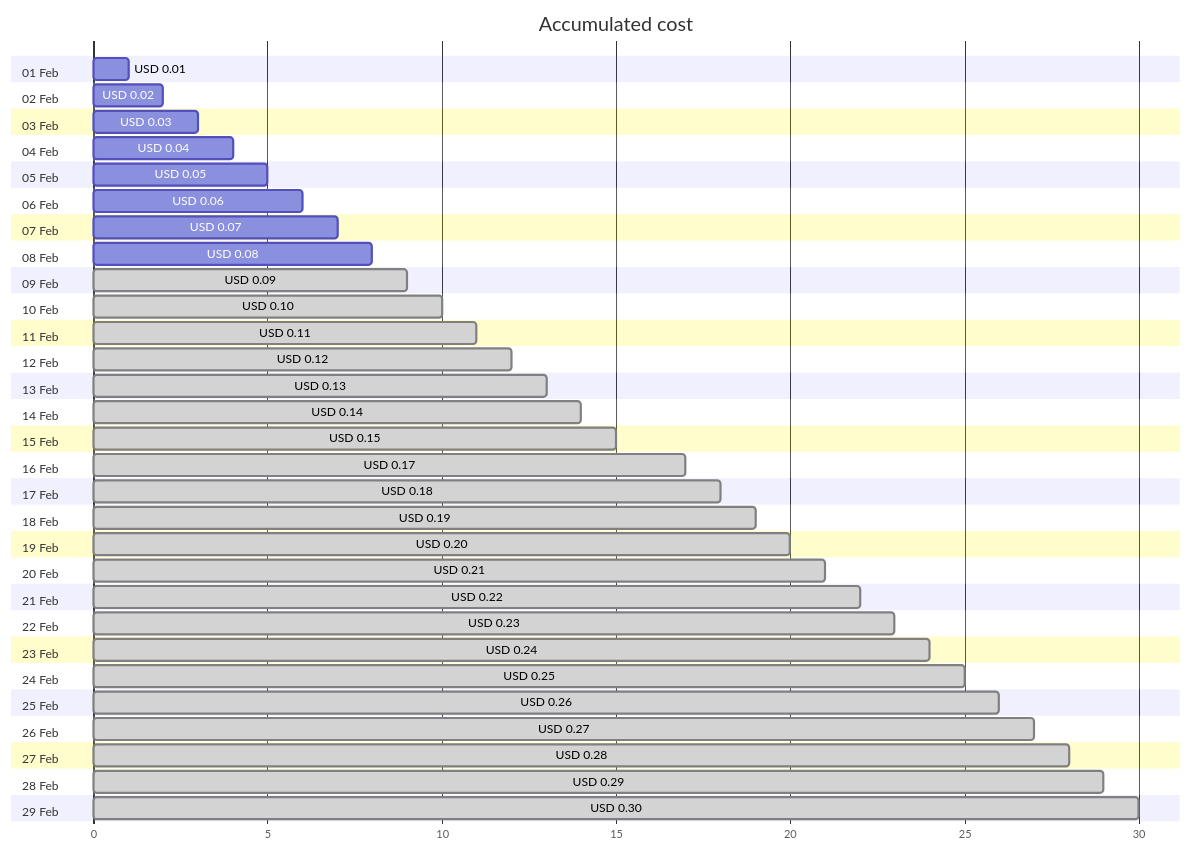
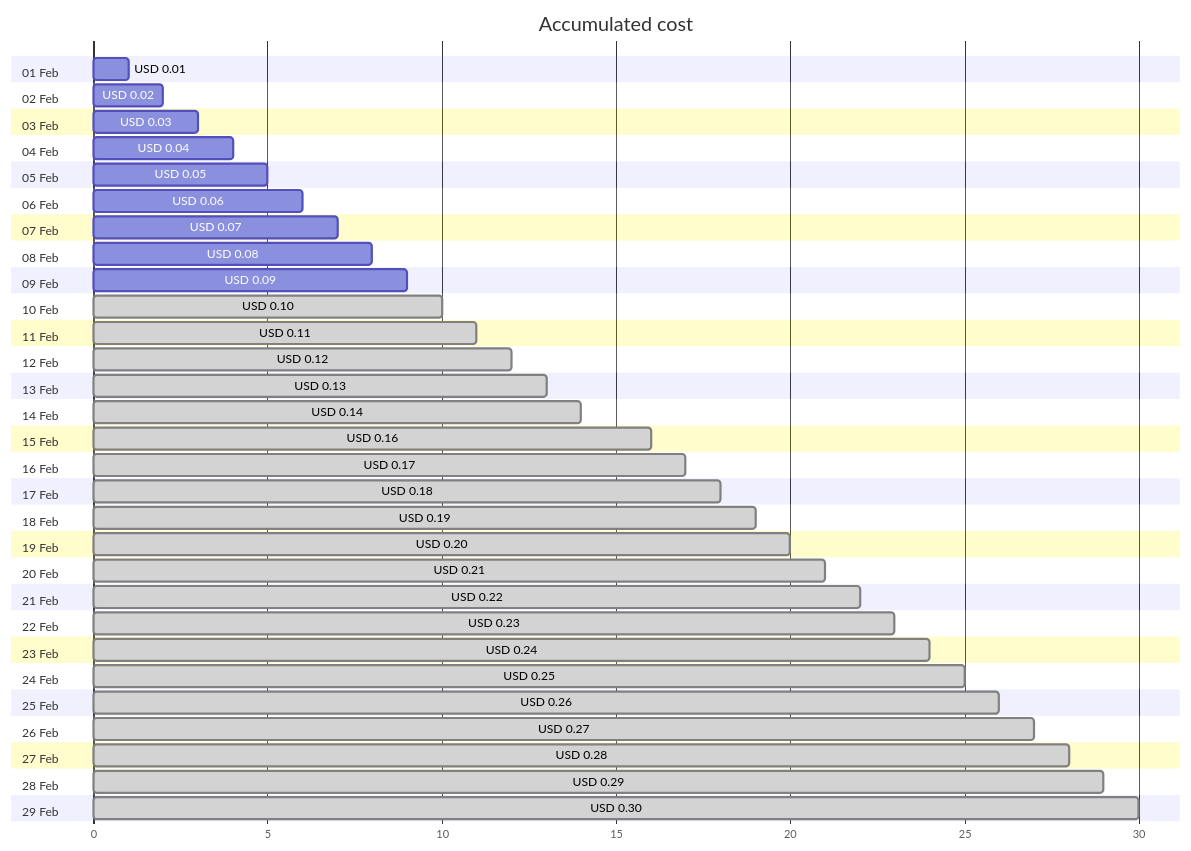
The first of 4 diagrams in cost-reports/cloud-shell-storage-eastus/README.md (jpfulton/azure-personal-reports), drawn with Mermaid before and after one commit. The commit also changed other lines of this file and 1 other file, not shown here.

````diff
--- a/cost-reports/cloud-shell-storage-eastus/README.md
+++ b/cost-reports/cloud-shell-storage-eastus/README.md
@@ -20,64 +20,64 @@
 ```mermaid
 gantt
    title Accumulated cost
    dateFormat  X
    axisFormat %s
    section 01 Feb
    USD 0.01 :0, 1
    section 02 Feb
    USD 0.02 :0, 2
    section 03 Feb
    USD 0.03 :0, 3
    section 04 Feb
    USD 0.04 :0, 4
    section 05 Feb
    USD 0.05 :0, 5
    section 06 Feb
    USD 0.06 :0, 6
    section 07 Feb
    USD 0.07 :0, 7
    section 08 Feb
    USD 0.08 :0, 8
    section 09 Feb
-   USD 0.09 : done, 0, 9
+   USD 0.09 :0, 9
    section 10 Feb
    USD 0.10 : done, 0, 10
    section 11 Feb
    USD 0.11 : done, 0, 11
    section 12 Feb
    USD 0.12 : done, 0, 12
    section 13 Feb
    USD 0.13 : done, 0, 13
    section 14 Feb
    USD 0.14 : done, 0, 14
    section 15 Feb
-   USD 0.15 : done, 0, 15
+   USD 0.16 : done, 0, 16
    section 16 Feb
    USD 0.17 : done, 0, 17
    section 17 Feb
    USD 0.18 : done, 0, 18
    section 18 Feb
    USD 0.19 : done, 0, 19
    section 19 Feb
    USD 0.20 : done, 0, 20
    section 20 Feb
    USD 0.21 : done, 0, 21
    section 21 Feb
    USD 0.22 : done, 0, 22
    section 22 Feb
    USD 0.23 : done, 0, 23
    section 23 Feb
    USD 0.24 : done, 0, 24
    section 24 Feb
    USD 0.25 : done, 0, 25
    section 25 Feb
    USD 0.26 : done, 0, 26
    section 26 Feb
    USD 0.27 : done, 0, 27
    section 27 Feb
    USD 0.28 : done, 0, 28
    section 28 Feb
    USD 0.29 : done, 0, 29
    section 29 Feb
    USD 0.30 : done, 0, 30
 ```
````
